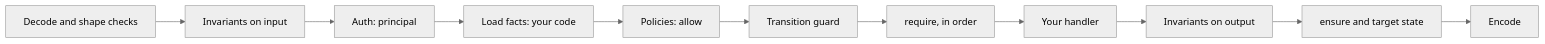
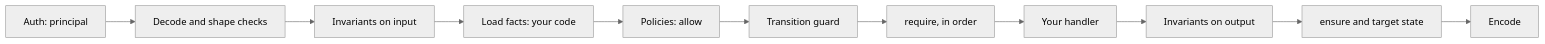
The first of 3 diagrams in docs/proposals/rules-and-events.md (Adhamzineldin/Veld), drawn with Mermaid (neutral theme) before and after one commit. The commit also changed other lines of this file, not shown here.

````diff
--- a/docs/proposals/rules-and-events.md
+++ b/docs/proposals/rules-and-events.md
@@ -172,13 +176,13 @@
 ```mermaid
 flowchart LR
-  A[Decode and shape checks] --> B[Invariants on input]
-  B --> C[Auth: principal]
+  A[Auth: principal] --> B[Decode and shape checks]
+  B --> C[Invariants on input]
   C --> D[Load facts: your code]
   D --> E[Policies: allow]
   E --> F[Transition guard]
   F --> G[require, in order]
   G --> H[Your handler]
   H --> I[Invariants on output]
   I --> J[ensure and target state]
   J --> K[Encode]
 ```
````
